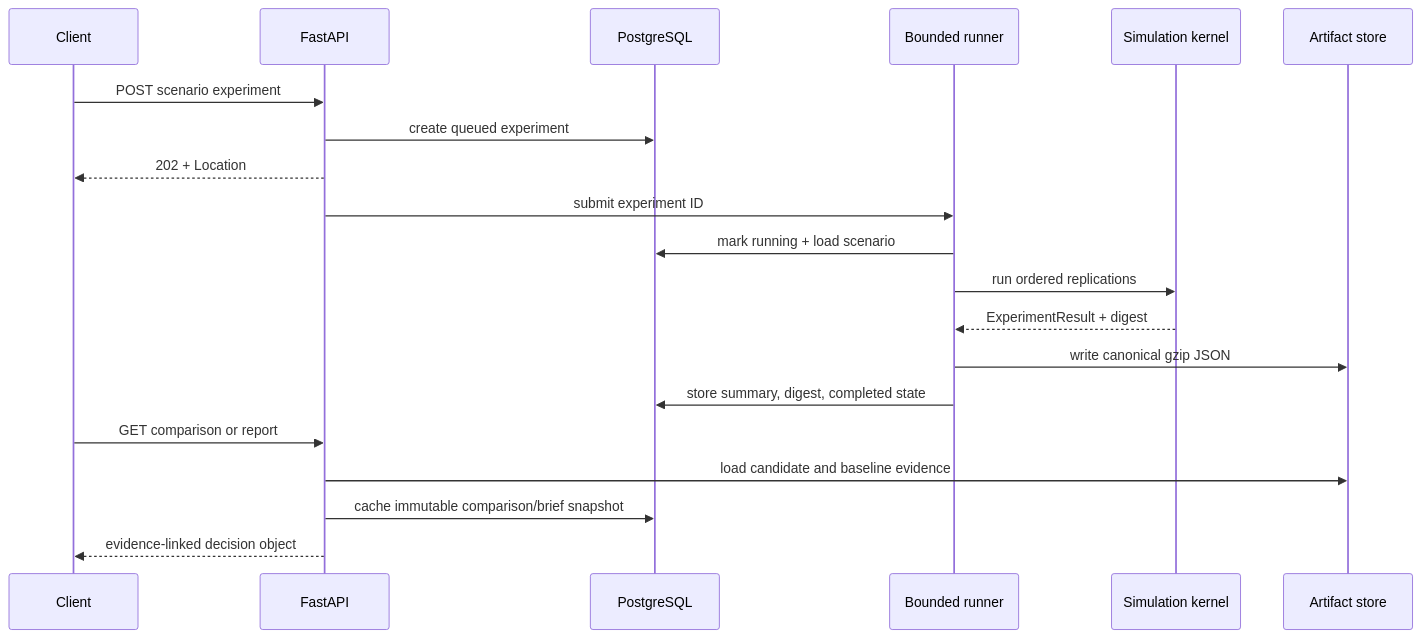
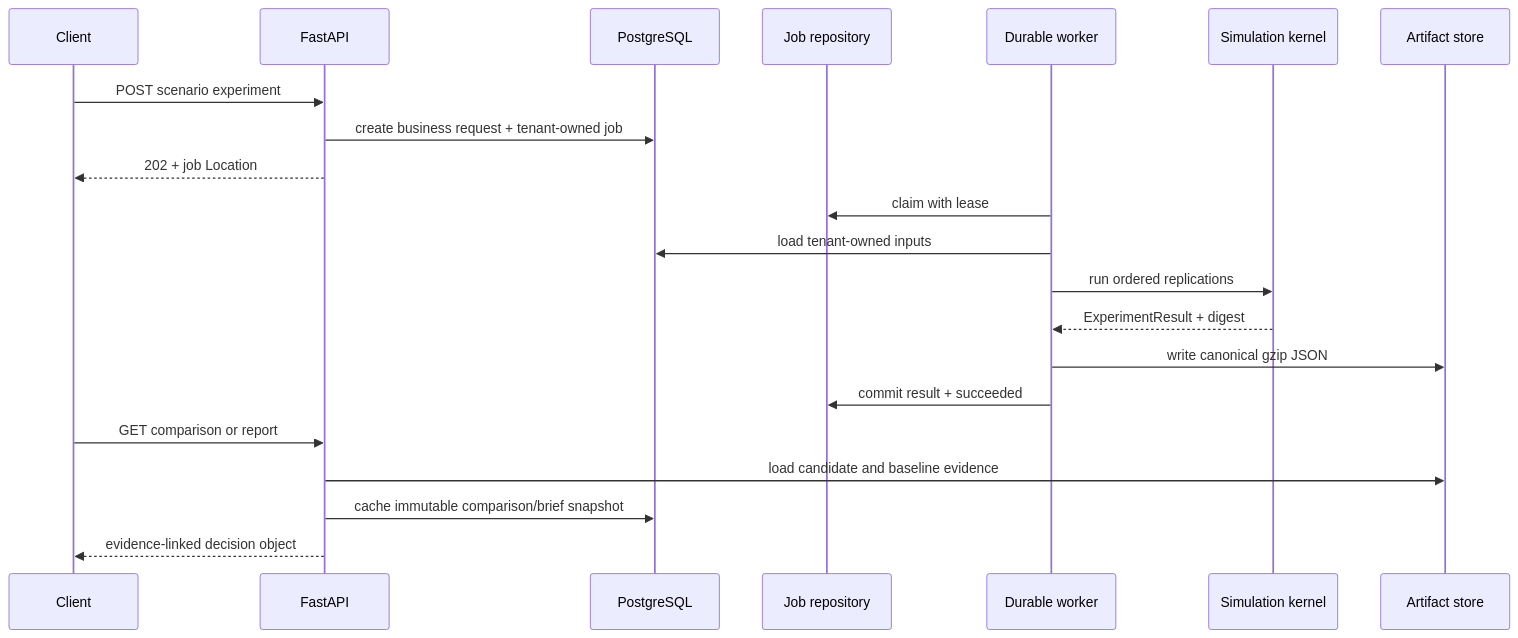
Before and after one commit to mfidalgomartins/OpenEnterprise-Twin: the second of 3 diagrams in docs/architecture.md, drawn with Mermaid. The commit also changed other lines of this file and 106 other files, not shown here.

First line of the commit message:
v0.6.0 — identity, tenant isolation and durable analytical jobs (#12)

````diff
--- a/docs/architecture.md
+++ b/docs/architecture.md
@@ -46,23 +52,24 @@
 ```mermaid
 sequenceDiagram
     participant C as Client
     participant A as FastAPI
     participant P as PostgreSQL
-    participant R as Bounded runner
+    participant J as Job repository
+    participant W as Durable worker
     participant S as Simulation kernel
     participant F as Artifact store
 
     C->>A: POST scenario experiment
-    A->>P: create queued experiment
-    A-->>C: 202 + Location
-    A->>R: submit experiment ID
-    R->>P: mark running + load scenario
-    R->>S: run ordered replications
-    S-->>R: ExperimentResult + digest
-    R->>F: write canonical gzip JSON
-    R->>P: store summary, digest, completed state
+    A->>P: create business request + tenant-owned job
+    A-->>C: 202 + job Location
+    W->>J: claim with lease
+    W->>P: load tenant-owned inputs
+    W->>S: run ordered replications
+    S-->>W: ExperimentResult + digest
+    W->>F: write canonical gzip JSON
+    W->>J: commit result + succeeded
     C->>A: GET comparison or report
     A->>F: load candidate and baseline evidence
     A->>P: cache immutable comparison/brief snapshot
     A-->>C: evidence-linked decision object
 ```
````
